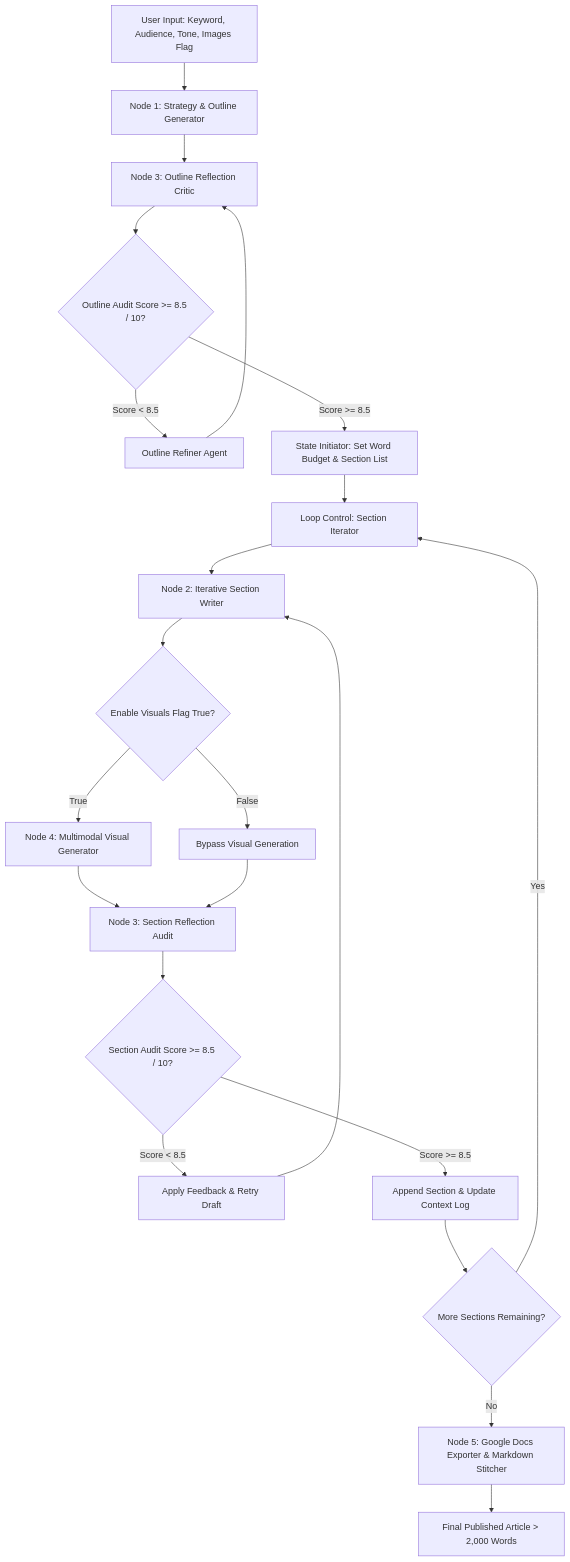
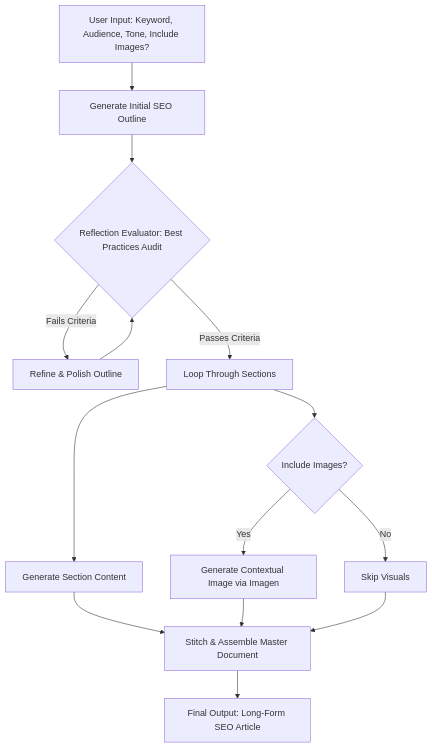
The diagram in docs/architecture.md (il-one/AI-Agent-for-Long-Form-SEO-Content-Generation), drawn with Mermaid before and after one commit. The commit also changed other lines of this file, not shown here.

Commit message:
Revise architecture documentation and flow diagram
Updated the end-to-end pipeline diagram and node specifications to reflect changes in the content generation process, including new evaluation criteria and roles for each node.

````diff
--- a/docs/architecture.md
+++ b/docs/architecture.md
@@ -24,25 +24,16 @@
 ```mermaid
 graph TD
-    A[User Input: Keyword, Audience, Tone, Images Flag] --> B[Node 1: Strategy & Outline Generator]
-    B --> C[Node 3: Outline Reflection Critic]
-    C --> D{Outline Audit Score >= 8.5 / 10?}
-    D -- Score < 8.5 --> E[Outline Refiner Agent]
-    E --> C
-    D -- Score >= 8.5 --> F[State Initiator: Set Word Budget & Section List]
-    F --> G[Loop Control: Section Iterator]
-    G --> H[Node 2: Iterative Section Writer]
-    H --> I{Enable Visuals Flag True?}
-    I -- True --> J[Node 4: Multimodal Visual Generator]
-    I -- False --> K[Bypass Visual Generation]
-    J --> L[Node 3: Section Reflection Audit]
-    K --> L
-    L --> M{Section Audit Score >= 8.5 / 10?}
-    M -- Score < 8.5 --> N[Apply Feedback & Retry Draft]
-    N --> H
-    M -- Score >= 8.5 --> O[Append Section & Update Context Log]
-    O --> P{More Sections Remaining?}
-    P -- Yes --> G
-    P -- No --> Q[Node 5: Google Docs Exporter & Markdown Stitcher]
-    Q --> R[Final Published Article > 2,000 Words]
-
+    A[User Input: Keyword, Audience, Tone, Include Images?] --> B[Generate Initial SEO Outline]
+    B --> C{Reflection Evaluator: Best Practices Audit}
+    C -- Fails Criteria --> D[Refine & Polish Outline]
+    D --> C
+    C -- Passes Criteria --> E[Loop Through Sections]
+    E --> F[Generate Section Content]
+    E --> G{Include Images?}
+    G -- Yes --> H[Generate Contextual Image via Imagen]
+    G -- No --> I[Skip Visuals]
+    F --> J[Stitch & Assemble Master Document]
+    H --> J
+    I --> J
+    J --> K[Final Output: Long-Form SEO Article]
 ```
````
